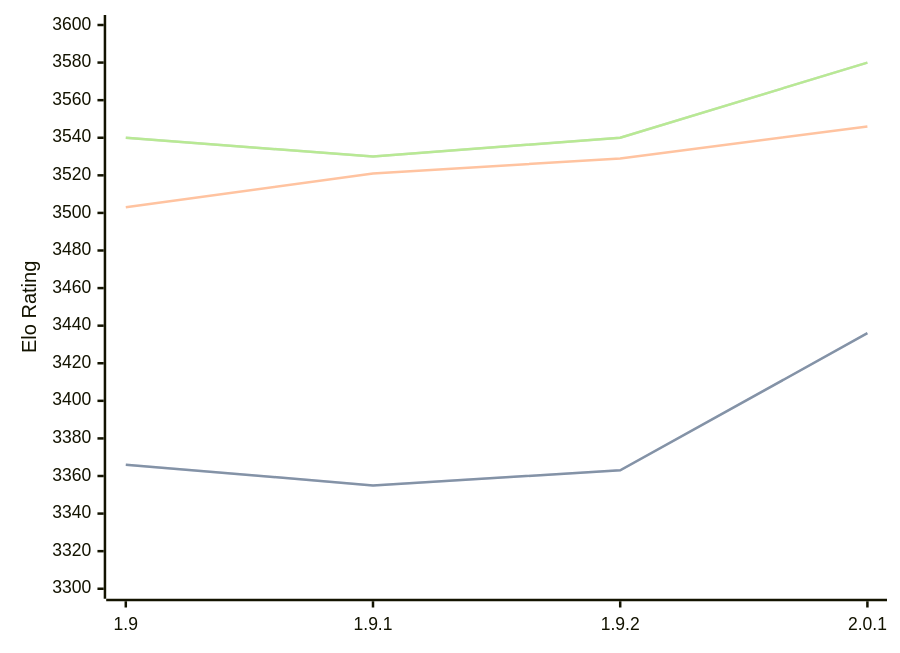
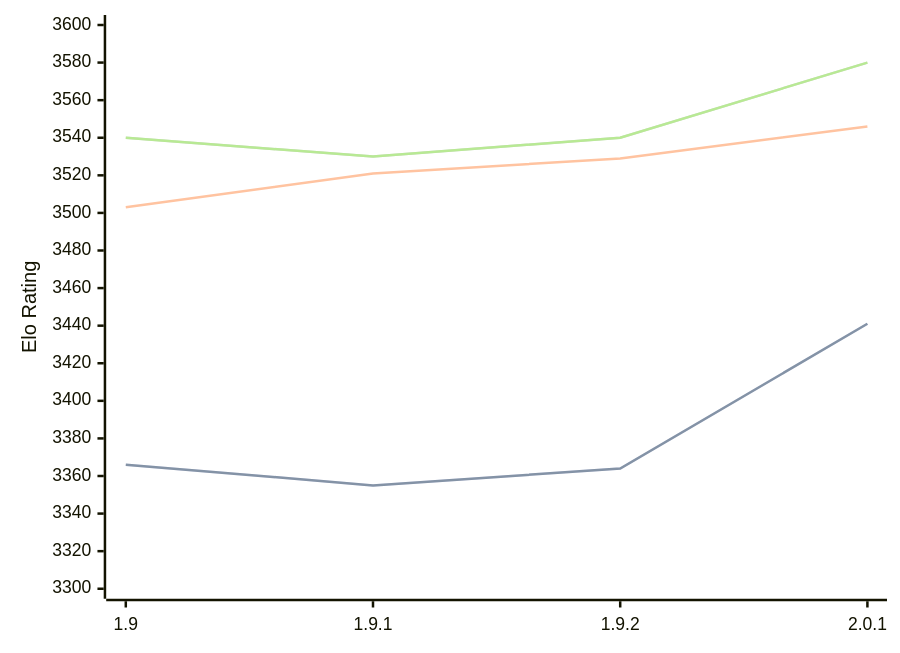
The diagram in engines/Pawnocchio.md (computer-chess-index/cci), drawn with Mermaid before and after one commit. The commit also changed other lines of this file, not shown here.

````diff
--- a/engines/Pawnocchio.md
+++ b/engines/Pawnocchio.md
@@ -50,11 +50,11 @@
 ```mermaid
 %%{init: {"theme":"base","themeVariables":{"seriesColors:['#a3a3a3','#222221','#faa371']}}}%%
 xychart-beta
   x-axis ["1.9", "1.9.1", "1.9.2", "2.0.1"]
   y-axis "Elo Rating" 3300 --> 3600
-  line "STC (8.0+0.08s)" [3366, 3355, 3363, 3436]
-  line "STC (8.0+0.08s)" [3366, 3355, 3363, 3436]
+  line "STC (8.0+0.08s)" [3366, 3355, 3364, 3441]
+  line "STC (8.0+0.08s)" [3366, 3355, 3364, 3441]
   line "LTC (60.0+0.60s)" [3503, 3521, 3529, 3546]
   line "VLTC (2m24s+1.12s)" [3540, 3530, 3540, 3580]
   line "VLTC (2m24s+1.12s)" [3540, 3530, 3540, 3580]
 ```
````
